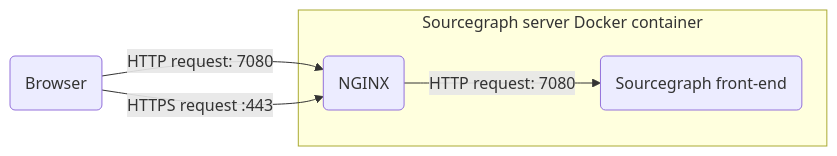
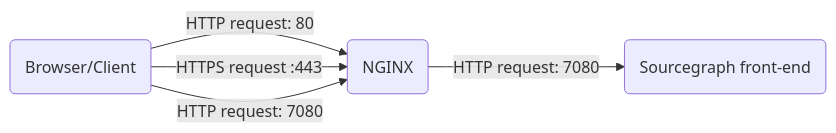
The diagram in doc/admin/img/sourcegraph-nginx.mermaid (sourcegraph/sourcegraph-public-snapshot), drawn with Mermaid before and after one commit. The commit also changed 5 other files, not shown here.

```diff
--- a/doc/admin/img/sourcegraph-nginx.mermaid
+++ b/doc/admin/img/sourcegraph-nginx.mermaid
@@ -1,11 +1,10 @@
 graph LR
 
-A(Browser)
+A(Browser/Client)
 B(NGINX)
 C(Sourcegraph front-end)
 
+A-->|HTTP request: 80|B
+A-->|HTTPS request :443|B
 A-->|HTTP request: 7080|B
-A-->|HTTPS request :443|B
-subgraph Sourcegraph server Docker container
 B-->|HTTP request: 7080|C
-end
```
